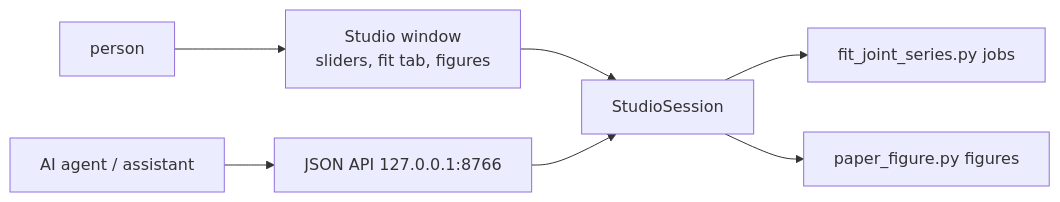
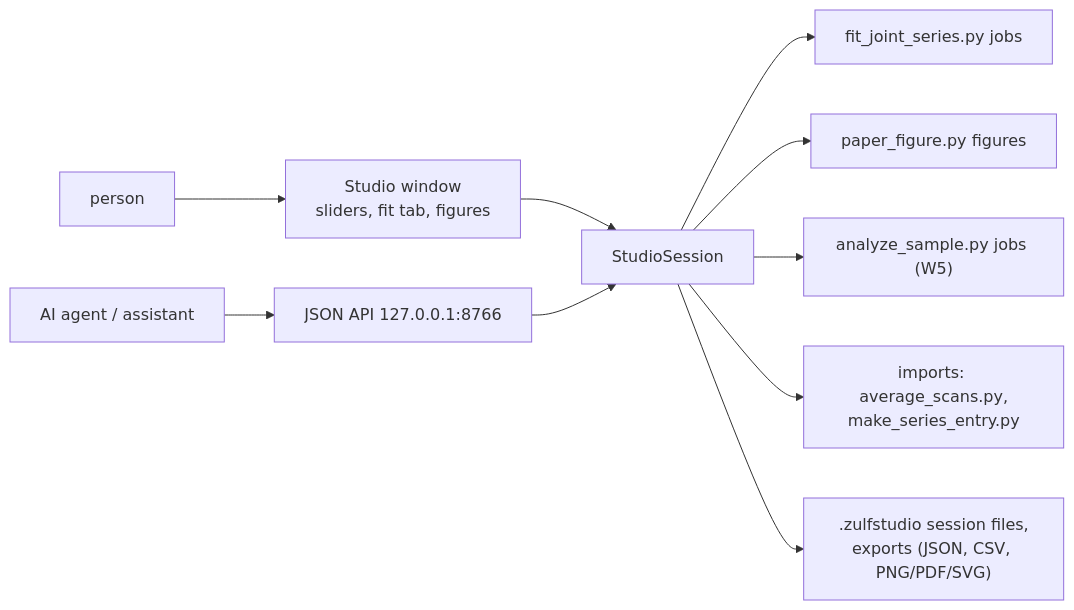
The fifth of 8 diagrams in docs/WORKFLOW.md (gao-xh/ZULF_Model), drawn with Mermaid before and after one commit. The commit also changed other lines of this file and 7 other files, not shown here.

````diff
--- a/docs/WORKFLOW.md
+++ b/docs/WORKFLOW.md
@@ -331,9 +332,12 @@
 ```mermaid
 flowchart LR
     u["person"] --> app["Studio window<br/>sliders, fit tab, figures"]
     ai["AI agent / assistant"] --> api["JSON API 127.0.0.1:8766"]
     app --> sess["StudioSession"]
     api --> sess
     sess --> fit["fit_joint_series.py jobs"]
     sess --> fig["paper_figure.py figures"]
+    sess --> bl["analyze_sample.py jobs (W5)"]
+    sess --> imp["imports: average_scans.py,<br/>make_series_entry.py"]
+    sess --> files[".zulfstudio session files,<br/>exports (JSON, CSV, PNG/PDF/SVG)"]
 ```
````
